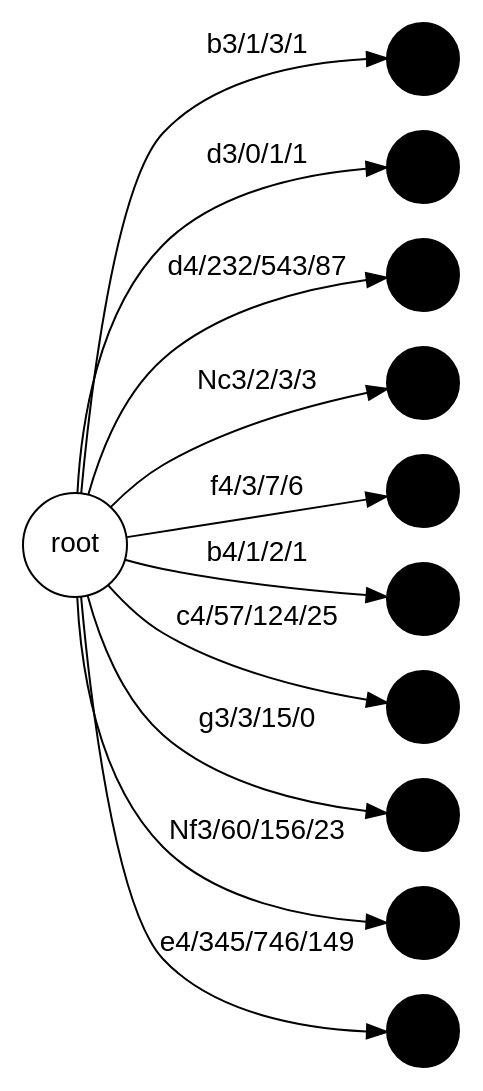
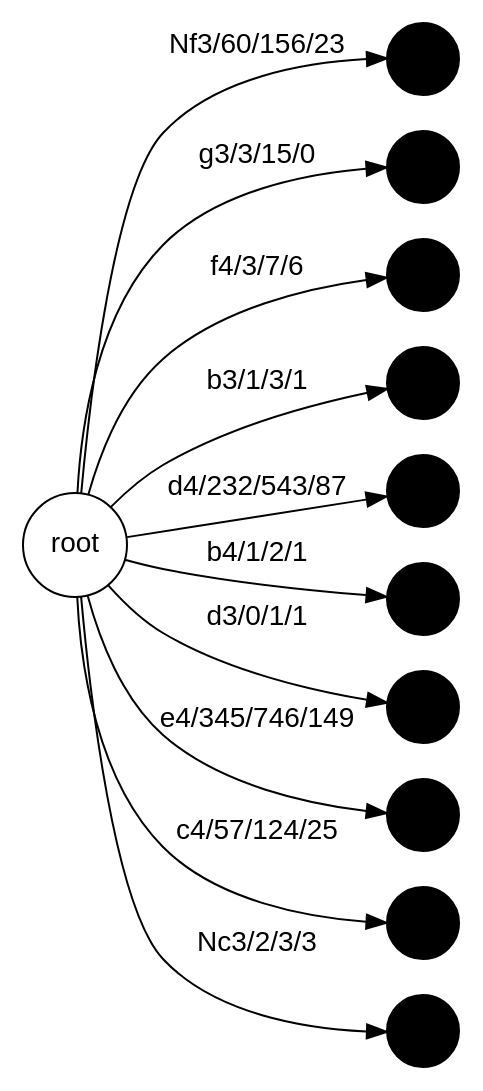
One commit to bjerkemj/chess-statistics changed the diagram in allOpeningsTree.dot. Above: the diagram before and after it, drawn with Graphviz. The commit also changed 5 other files, not shown here.

```diff
--- a/allOpeningsTree.dot
+++ b/allOpeningsTree.dot
@@ -1,29 +1,29 @@
 digraph g {
 fontname="Helvetica,Arial,sans-serif"
 node [fontname="Helvetica,Arial,sans-serif" filledcolor = "white" label = "" style = "filled" shape = "circle" ]
 edge [fontname="Helvetica,Arial,sans-serif"]
 graph [fontsize=30 labelloc="t" label="" splines=true overlap=false rankdir = "LR"];
 ratio = auto;
-"rootW704D1600L296_uMTJmiqzwPmrBZUkC" [style = "filled" fillcolor = "white" label = "root"];
-"b3W1D3L1_YNHmZyvcnOKi" [style = "filled" fillcolor = "black"];
-rootW704D1600L296_uMTJmiqzwPmrBZUkC -> b3W1D3L1_YNHmZyvcnOKi [label = "b3/1/3/1"];
-"d3W0D1L1_EPyzfGWqmvusqtb" [style = "filled" fillcolor = "black"];
-rootW704D1600L296_uMTJmiqzwPmrBZUkC -> d3W0D1L1_EPyzfGWqmvusqtb [label = "d3/0/1/1"];
-"d4W232D543L87_RZGEMDnuizEOjTLtIDec" [style = "filled" fillcolor = "black"];
-rootW704D1600L296_uMTJmiqzwPmrBZUkC -> d4W232D543L87_RZGEMDnuizEOjTLtIDec [label = "d4/232/543/87"];
-"Nc3W2D3L3_BiRvMjkrhiLbLDxHWkCd" [style = "filled" fillcolor = "black"];
-rootW704D1600L296_uMTJmiqzwPmrBZUkC -> Nc3W2D3L3_BiRvMjkrhiLbLDxHWkCd [label = "Nc3/2/3/3"];
-"f4W3D7L6_icRHRGQOUdoB" [style = "filled" fillcolor = "black"];
-rootW704D1600L296_uMTJmiqzwPmrBZUkC -> f4W3D7L6_icRHRGQOUdoB [label = "f4/3/7/6"];
-"b4W1D2L1_IJnzeReoEywo" [style = "filled" fillcolor = "black"];
-rootW704D1600L296_uMTJmiqzwPmrBZUkC -> b4W1D2L1_IJnzeReoEywo [label = "b4/1/2/1"];
-"c4W57D124L25_adhskTmsfqgC" [style = "filled" fillcolor = "black"];
-rootW704D1600L296_uMTJmiqzwPmrBZUkC -> c4W57D124L25_adhskTmsfqgC [label = "c4/57/124/25"];
-"g3W3D15L0_gKjsNRazwdOuxfHeCfq" [style = "filled" fillcolor = "black"];
-rootW704D1600L296_uMTJmiqzwPmrBZUkC -> g3W3D15L0_gKjsNRazwdOuxfHeCfq [label = "g3/3/15/0"];
-"Nf3W60D156L23_IjxitgprnEshdTXAAfB" [style = "filled" fillcolor = "black"];
-rootW704D1600L296_uMTJmiqzwPmrBZUkC -> Nf3W60D156L23_IjxitgprnEshdTXAAfB [label = "Nf3/60/156/23"];
-"e4W345D746L149_ATCLskwokVGXf" [style = "filled" fillcolor = "black"];
-rootW704D1600L296_uMTJmiqzwPmrBZUkC -> e4W345D746L149_ATCLskwokVGXf [label = "e4/345/746/149"];
+"rootW704D1600L296_pLezjYzmOSmhzrWHJ" [style = "filled" fillcolor = "white" label = "root"];
+"Nf3W60D156L23_nxKaiKYdFMHFv" [style = "filled" fillcolor = "black"];
+rootW704D1600L296_pLezjYzmOSmhzrWHJ -> Nf3W60D156L23_nxKaiKYdFMHFv [label = "Nf3/60/156/23"];
+"g3W3D15L0_GtIcaKCYlWcURBgPDAZA" [style = "filled" fillcolor = "black"];
+rootW704D1600L296_pLezjYzmOSmhzrWHJ -> g3W3D15L0_GtIcaKCYlWcURBgPDAZA [label = "g3/3/15/0"];
+"f4W3D7L6_LsZxNuVSKBW" [style = "filled" fillcolor = "black"];
+rootW704D1600L296_pLezjYzmOSmhzrWHJ -> f4W3D7L6_LsZxNuVSKBW [label = "f4/3/7/6"];
+"b3W1D3L1_ImLUAmWuZHLx" [style = "filled" fillcolor = "black"];
+rootW704D1600L296_pLezjYzmOSmhzrWHJ -> b3W1D3L1_ImLUAmWuZHLx [label = "b3/1/3/1"];
+"d4W232D543L87_fLIxmqSODn" [style = "filled" fillcolor = "black"];
+rootW704D1600L296_pLezjYzmOSmhzrWHJ -> d4W232D543L87_fLIxmqSODn [label = "d4/232/543/87"];
+"b4W1D2L1_uZnFayxGUSCtKEIG" [style = "filled" fillcolor = "black"];
+rootW704D1600L296_pLezjYzmOSmhzrWHJ -> b4W1D2L1_uZnFayxGUSCtKEIG [label = "b4/1/2/1"];
+"d3W0D1L1_EhKqyWnvfEzCUR" [style = "filled" fillcolor = "black"];
+rootW704D1600L296_pLezjYzmOSmhzrWHJ -> d3W0D1L1_EhKqyWnvfEzCUR [label = "d3/0/1/1"];
+"e4W345D746L149_bQcNujVFtK" [style = "filled" fillcolor = "black"];
+rootW704D1600L296_pLezjYzmOSmhzrWHJ -> e4W345D746L149_bQcNujVFtK [label = "e4/345/746/149"];
+"c4W57D124L25_fZSlVhFFmCTAmGYr" [style = "filled" fillcolor = "black"];
+rootW704D1600L296_pLezjYzmOSmhzrWHJ -> c4W57D124L25_fZSlVhFFmCTAmGYr [label = "c4/57/124/25"];
+"Nc3W2D3L3_FBqENneRVkuPYPlM" [style = "filled" fillcolor = "black"];
+rootW704D1600L296_pLezjYzmOSmhzrWHJ -> Nc3W2D3L3_FBqENneRVkuPYPlM [label = "Nc3/2/3/3"];
 
 }
```
